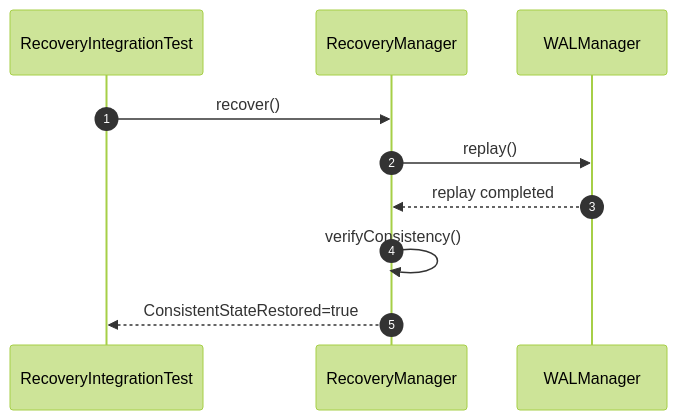
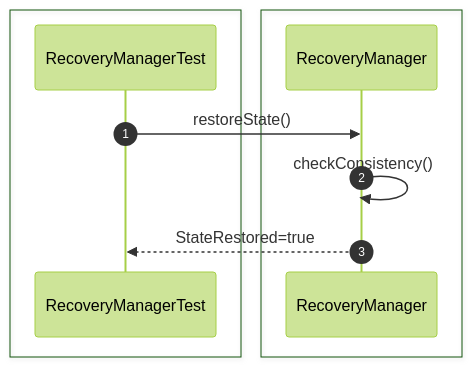
One commit to Huy1801214/dbms-architecture changed diagram 18 of 28 in src/sequence/recovery.md. Above: the diagram before and after it, drawn with Mermaid (forest theme). The commit also changed other lines of this file and 10 other files, not shown here.

Commit message:
add comprehensive sequence diagrams and documentation for system architecture and unit testing specifications

````diff
--- a/src/sequence/recovery.md
+++ b/src/sequence/recovery.md
@@ -256,17 +312,15 @@
 ```mermaid
 sequenceDiagram
     autonumber
-    participant Test as RecoveryIntegrationTest
+
+    box #e1f5fe Test Suite
+    participant Test as RecoveryManagerTest
+    end
+    box #ffebee Recovery Components
     participant Recovery as RecoveryManager
-    participant WAL as WALManager
+    end
 
-    Test->>Recovery: recover()
-
-    Recovery->>WAL: replay()
-
-    WAL-->>Recovery: replay completed
-
-    Recovery->>Recovery: verifyConsistency()
-
-    Recovery-->>Test: ConsistentStateRestored=true
+    Test->>Recovery: restoreState()
+    Recovery->>Recovery: checkConsistency()
+    Recovery-->>Test: StateRestored=true
 ```
````
